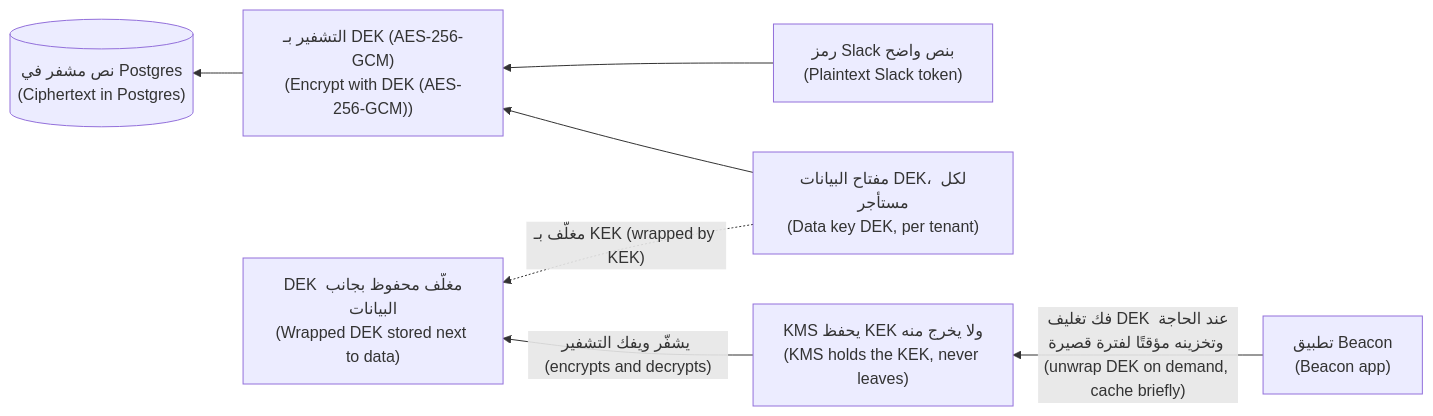
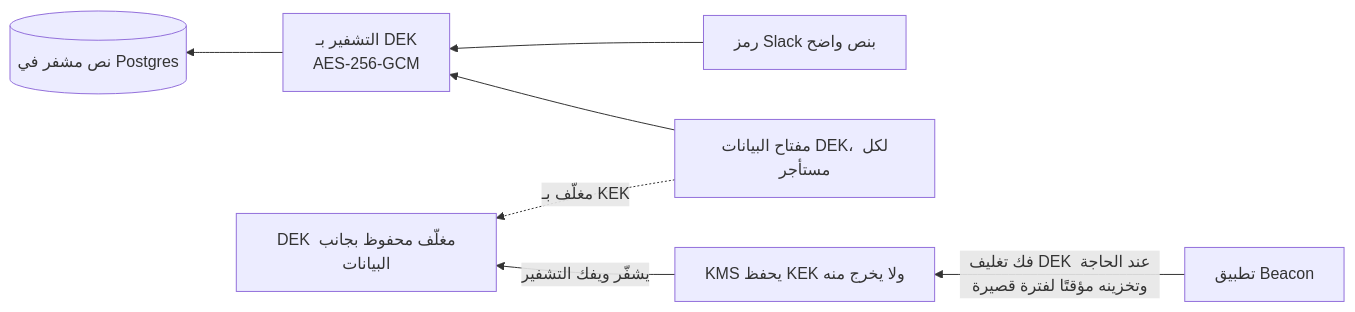
One commit to Tamoura/system-design-for-vibe-coders changed the first of 2 diagrams in saas/modules/08-trust-frontier.ar.md. Above: the diagram before and after it, drawn with Mermaid. The commit also changed other lines of this file and 551 other files, not shown here.

````diff
--- a/saas/modules/08-trust-frontier.ar.md
+++ b/saas/modules/08-trust-frontier.ar.md
@@ -64,9 +64,9 @@
 ```mermaid
 flowchart RL
-  P["رمز Slack بنص واضح<br/>(Plaintext Slack token)"] --> E["التشفير بـ DEK (AES-256-GCM)<br/>(Encrypt with DEK (AES-256-GCM))"]
-  DEK["مفتاح البيانات DEK، لكل مستأجر<br/>(Data key DEK, per tenant)"] --> E
-  E --> C[("نص مشفر في Postgres<br/>(Ciphertext in Postgres)")]
-  KMS["KMS يحفظ KEK ولا يخرج منه<br/>(KMS holds the KEK, never leaves)"] -->|"يشفّر ويفك التشفير (encrypts and decrypts)"| W["DEK مغلّف محفوظ بجانب البيانات<br/>(Wrapped DEK stored next to data)"]
-  DEK -.->|"مغلّف بـ KEK (wrapped by KEK)"| W
-  App["تطبيق Beacon<br/>(Beacon app)"] -->|"فك تغليف DEK عند الحاجة وتخزينه مؤقتًا لفترة قصيرة (unwrap DEK on demand, cache briefly)"| KMS
+  P["رمز Slack بنص واضح"] --> E["التشفير بـ DEK<br/>AES-256-GCM"]
+  DEK["مفتاح البيانات DEK، لكل مستأجر"] --> E
+  E --> C[("نص مشفر في Postgres")]
+  KMS["KMS يحفظ KEK ولا يخرج منه"] -->|"يشفّر ويفك التشفير"| W["DEK مغلّف محفوظ بجانب البيانات"]
+  DEK -.->|"مغلّف بـ KEK"| W
+  App["تطبيق Beacon"] -->|"فك تغليف DEK عند الحاجة وتخزينه مؤقتًا لفترة قصيرة"| KMS
 ```
````
